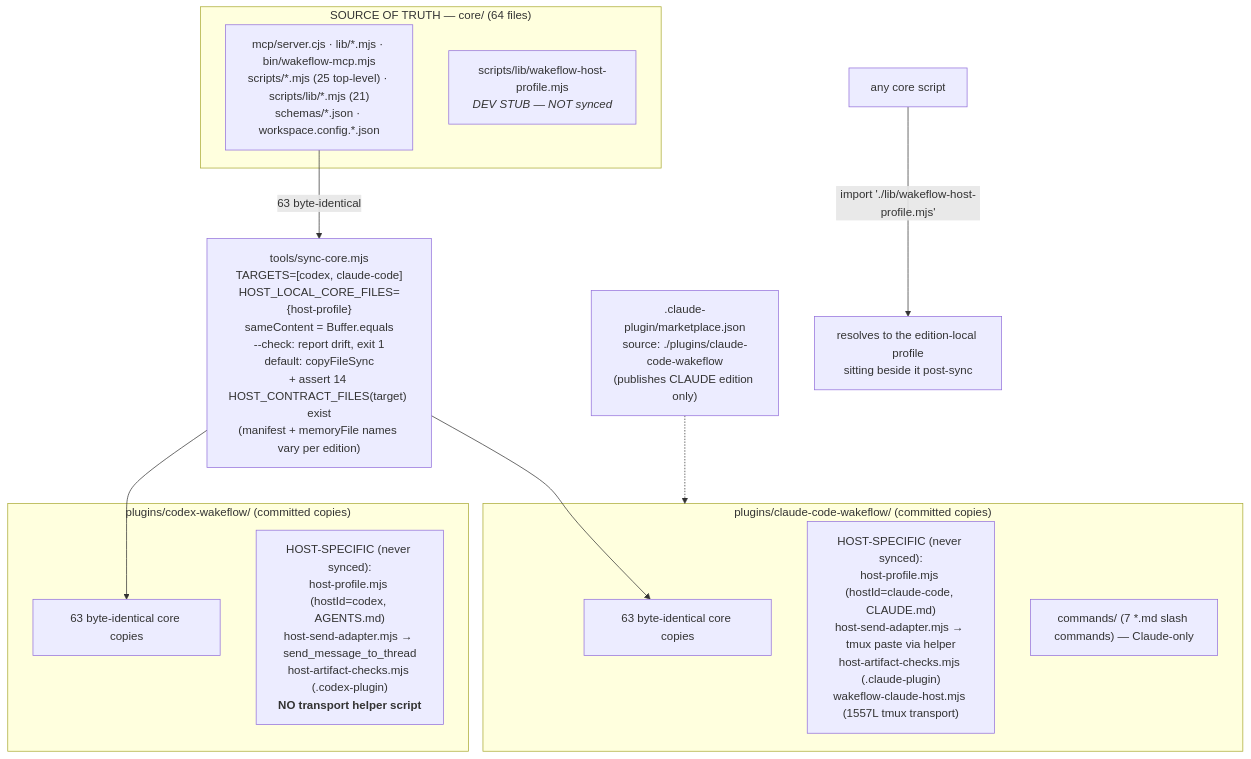
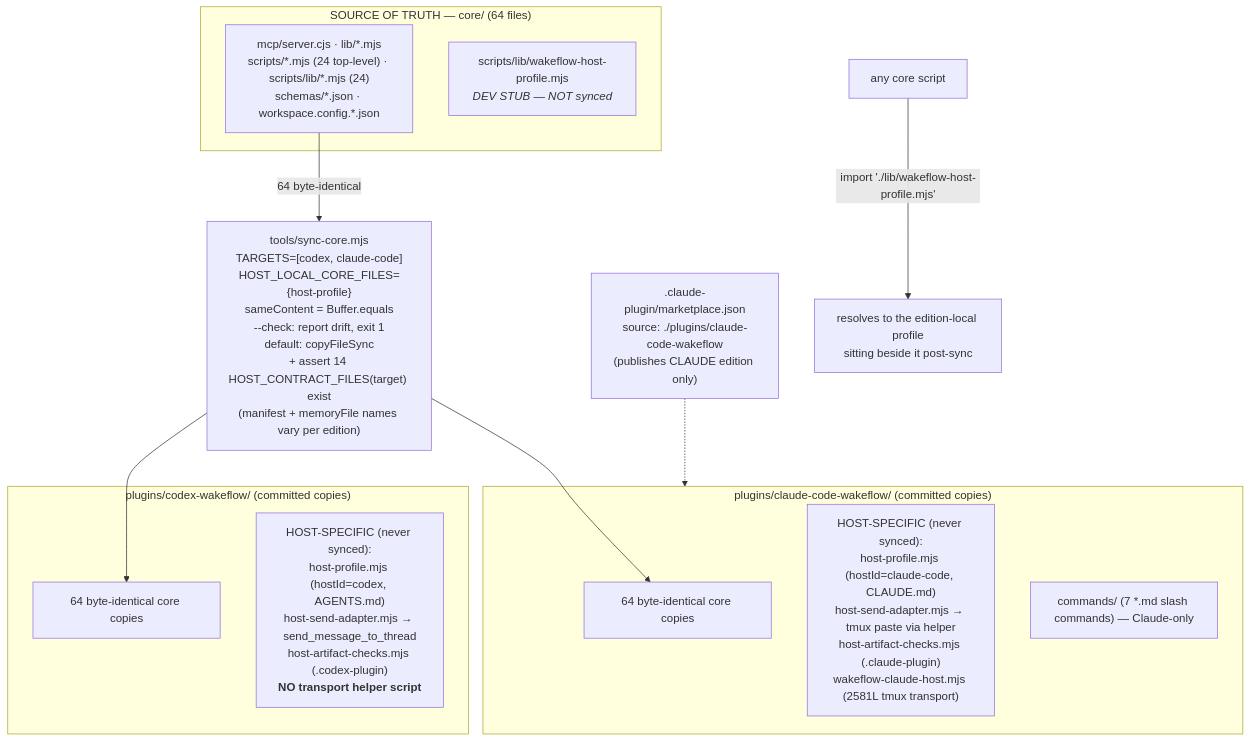
Before and after one commit to GxFn/Wakeflow: the first of 11 diagrams in docs/wakeflow-dual-edition-architecture-and-state-flow.md, drawn with Mermaid. The commit also changed other lines of this file and 5 other files, not shown here.

````diff
--- a/docs/wakeflow-dual-edition-architecture-and-state-flow.md
+++ b/docs/wakeflow-dual-edition-architecture-and-state-flow.md
@@ -72,30 +81,30 @@
 ```mermaid
 flowchart TB
   subgraph SRC["SOURCE OF TRUTH — core/ (64 files)"]
-    CORE["mcp/server.cjs · lib/*.mjs · bin/wakeflow-mcp.mjs<br/>scripts/*.mjs (25 top-level) · scripts/lib/*.mjs (21)<br/>schemas/*.json · workspace.config.*.json"]
+    CORE["mcp/server.cjs · lib/*.mjs<br/>scripts/*.mjs (24 top-level) · scripts/lib/*.mjs (24)<br/>schemas/*.json · workspace.config.*.json"]
     DEVSTUB["scripts/lib/wakeflow-host-profile.mjs<br/><i>DEV STUB — NOT synced</i>"]
   end
 
   SYNC["tools/sync-core.mjs<br/>TARGETS=[codex, claude-code]<br/>HOST_LOCAL_CORE_FILES={host-profile}<br/>sameContent = Buffer.equals<br/>--check: report drift, exit 1<br/>default: copyFileSync<br/>+ assert 14 HOST_CONTRACT_FILES(target) exist<br/>(manifest + memoryFile names vary per edition)"]
 
-  CORE -->|"63 byte-identical"| SYNC
+  CORE -->|"64 byte-identical"| SYNC
 
   subgraph CODEX["plugins/codex-wakeflow/ (committed copies)"]
-    CXSHARED["63 byte-identical core copies"]
+    CXSHARED["64 byte-identical core copies"]
     CXHOST["HOST-SPECIFIC (never synced):<br/>host-profile.mjs (hostId=codex, AGENTS.md)<br/>host-send-adapter.mjs → send_message_to_thread<br/>host-artifact-checks.mjs (.codex-plugin)<br/><b>NO transport helper script</b>"]
   end
 
   subgraph CLAUDE["plugins/claude-code-wakeflow/ (committed copies)"]
-    CLSHARED["63 byte-identical core copies"]
-    CLHOST["HOST-SPECIFIC (never synced):<br/>host-profile.mjs (hostId=claude-code, CLAUDE.md)<br/>host-send-adapter.mjs → tmux paste via helper<br/>host-artifact-checks.mjs (.claude-plugin)<br/>wakeflow-claude-host.mjs (1557L tmux transport)"]
+    CLSHARED["64 byte-identical core copies"]
+    CLHOST["HOST-SPECIFIC (never synced):<br/>host-profile.mjs (hostId=claude-code, CLAUDE.md)<br/>host-send-adapter.mjs → tmux paste via helper<br/>host-artifact-checks.mjs (.claude-plugin)<br/>wakeflow-claude-host.mjs (2581L tmux transport)"]
     CLCMD["commands/ (7 *.md slash commands) — Claude-only"]
   end
 
   SYNC --> CXSHARED
   SYNC --> CLSHARED
 
   MKT[".claude-plugin/marketplace.json<br/>source: ./plugins/claude-code-wakeflow<br/>(publishes CLAUDE edition only)"]
   MKT -.-> CLAUDE
 
   CORESCRIPT["any core script"] -->|"import './lib/wakeflow-host-profile.mjs'"| RESOLVE["resolves to the edition-local profile<br/>sitting beside it post-sync"]
 ```
````
